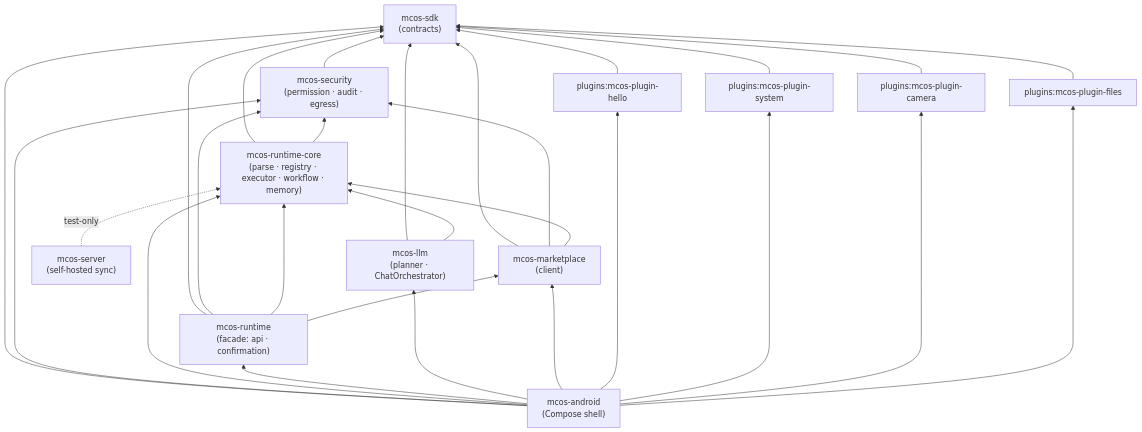
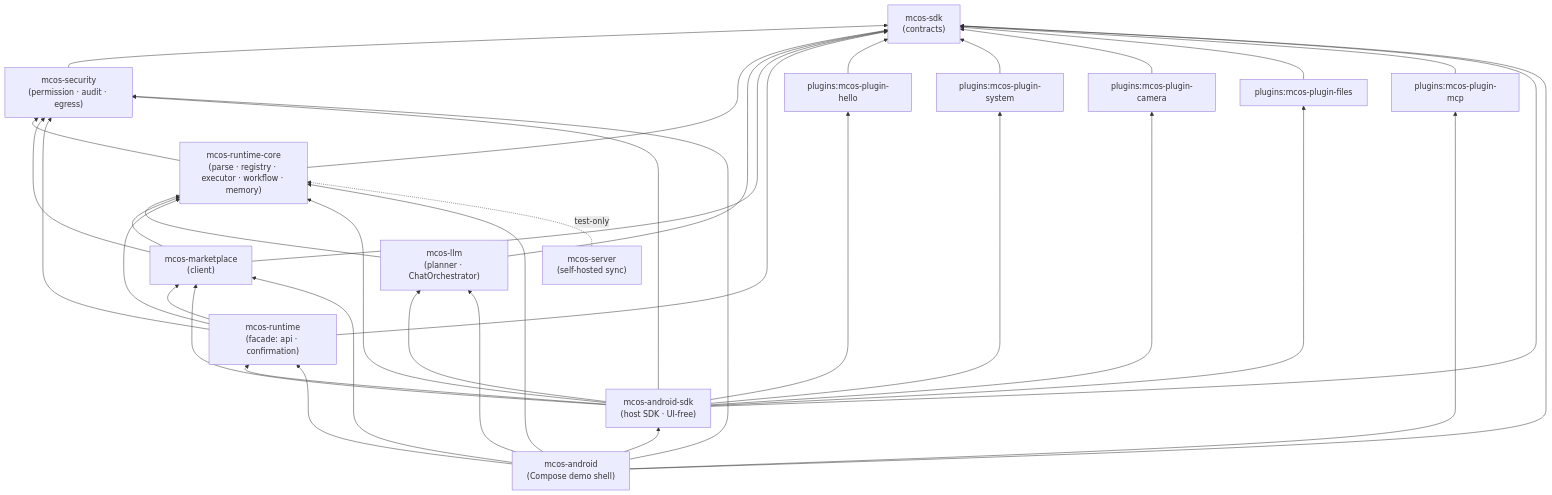
Before and after one commit to Morainet/mcos: the diagram in docs/en/REPOSITORIES.md, drawn with Mermaid. The commit also changed other lines of this file and 53 other files, not shown here.

First line of the commit message:
refactor(android): split mcos-android into mcos-android-sdk library + demo shell (item 39)

````diff
--- a/docs/en/REPOSITORIES.md
+++ b/docs/en/REPOSITORIES.md
@@ -15,43 +15,54 @@
 ```mermaid
 flowchart BT
     sdk["mcos-sdk<br/>(contracts)"]
     sec["mcos-security<br/>(permission · audit · egress)"]
     core["mcos-runtime-core<br/>(parse · registry · executor · workflow · memory)"]
     llm["mcos-llm<br/>(planner · ChatOrchestrator)"]
     mkt["mcos-marketplace<br/>(client)"]
     rt["mcos-runtime<br/>(facade: api · confirmation)"]
     hello["plugins:mcos-plugin-hello"]
     sys["plugins:mcos-plugin-system"]
     cam["plugins:mcos-plugin-camera"]
     files["plugins:mcos-plugin-files"]
-    app["mcos-android<br/>(Compose shell)"]
+    mcp["plugins:mcos-plugin-mcp"]
+    asdk["mcos-android-sdk<br/>(host SDK · UI-free)"]
+    app["mcos-android<br/>(Compose demo shell)"]
     srv["mcos-server<br/>(self-hosted sync)"]
 
     sec --> sdk
     core --> sdk
     core --> sec
     llm --> sdk
     llm --> core
     mkt --> sdk
     mkt --> sec
     mkt --> core
     rt --> sdk
     rt --> sec
     rt --> core
     rt --> mkt
     hello --> sdk
     sys --> sdk
     cam --> sdk
     files --> sdk
+    mcp --> sdk
+    asdk --> sdk
+    asdk --> sec
+    asdk --> core
+    asdk --> rt
+    asdk --> llm
+    asdk --> mkt
+    asdk --> hello
+    asdk --> sys
+    asdk --> cam
+    asdk --> files
+    app --> asdk
     app --> sdk
     app --> sec
     app --> core
     app --> rt
     app --> llm
     app --> mkt
-    app --> hello
-    app --> sys
-    app --> cam
-    app --> files
+    app --> mcp
     srv -.->|"test-only"| core
 ```
````
